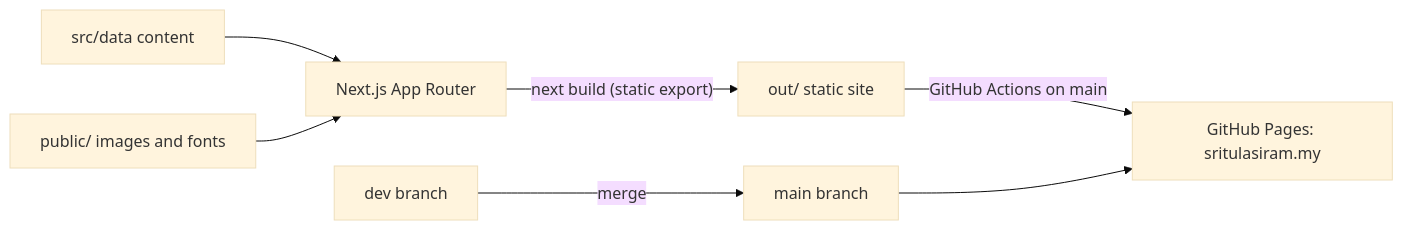
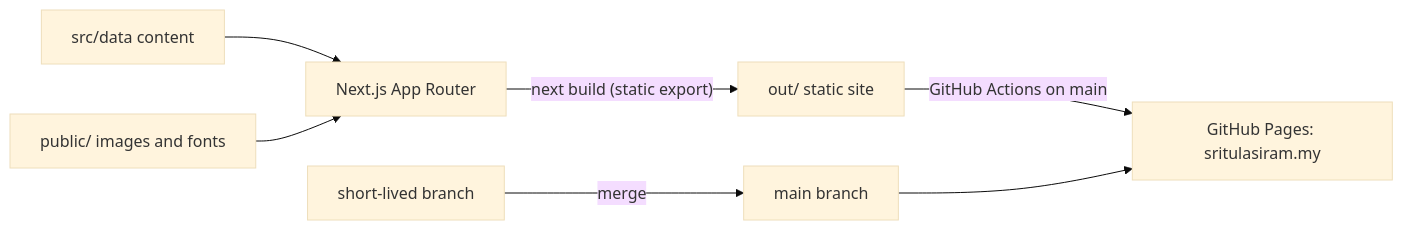
The diagram in README.md (sritulasiram/sritulasiram.github.io), drawn with Mermaid (base theme) before and after one commit. The commit also changed other lines of this file and 1 other file, not shown here.

First line of the commit message:
docs: retire the dev branch, work on short-lived branches and merge into main [skip ci]

````diff
--- a/README.md
+++ b/README.md
@@ -36,8 +36,8 @@
 ```mermaid
 flowchart LR
   data["src/data content"] --> app["Next.js App Router"]
   assets["public/ images and fonts"] --> app
   app -->|"next build (static export)"| out["out/ static site"]
   out -->|"GitHub Actions on main"| pages["GitHub Pages: sritulasiram.my"]
-  dev["dev branch"] -->|merge| main["main branch"] --> pages
+  branch["short-lived branch"] -->|merge| main["main branch"] --> pages
 ```
````
